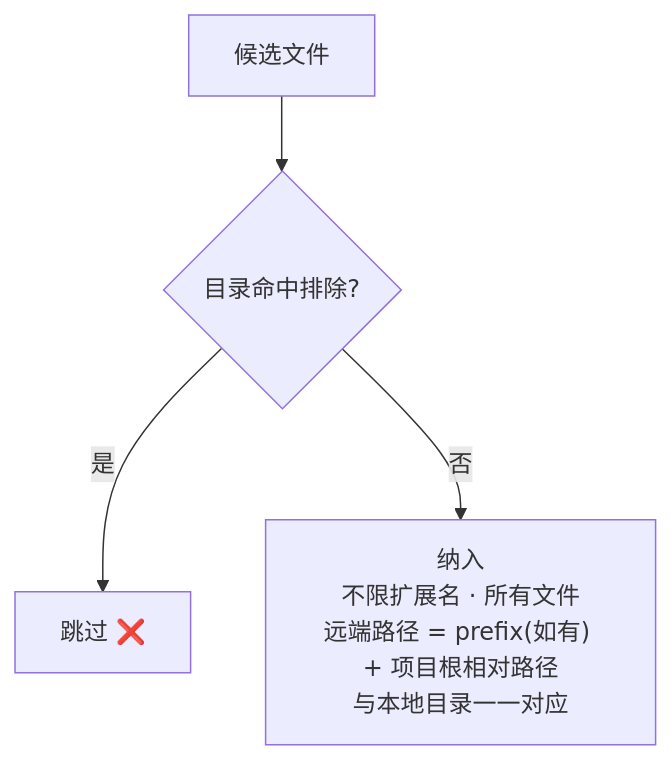
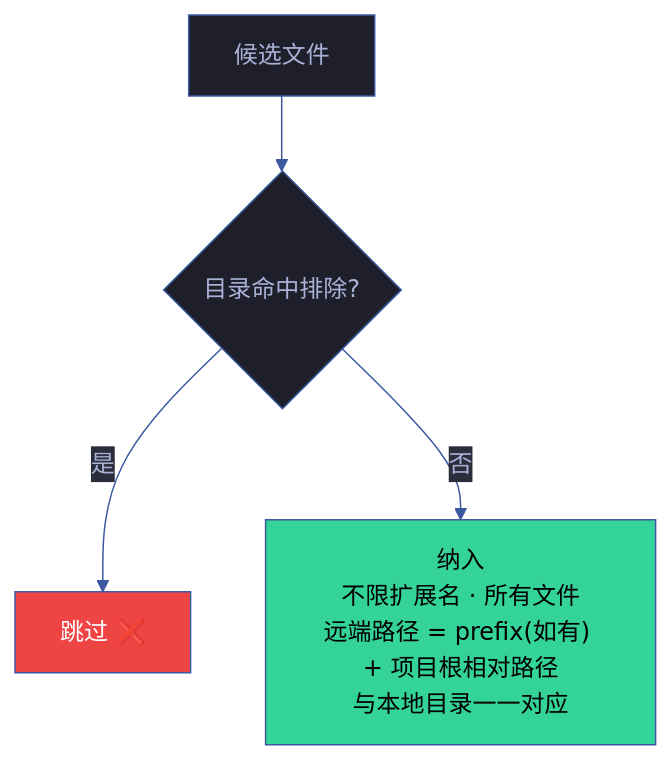
One commit to effiy/YrY changed the second of 7 diagrams in skills/rui-import/SKILL.md. Above: the diagram before and after it, drawn with Mermaid. The commit also changed other lines of this file and 1028 other files, not shown here.

````diff
--- a/skills/rui-import/SKILL.md
+++ b/skills/rui-import/SKILL.md
@@ -65,6 +70,17 @@
 ```mermaid
+%%{init: {'theme': 'base', 'themeVariables': {
+  'primaryColor': '#1e1f2b',
+  'primaryTextColor': '#a9b1d6',
+  'primaryBorderColor': '#3d59a1',
+  'lineColor': '#3d59a1',
+  'secondaryColor': '#2b2d3b',
+  'tertiaryColor': '#21232f'
+}}}%%
 flowchart TD
     FILE["候选文件"] --> Q1{"目录命中排除?"}
     Q1 -->|"是"| SKIP["跳过 ❌"]:::skip
     Q1 -->|"否"| PATH["纳入<br/>不限扩展名 · 所有文件<br/>远端路径 = prefix(如有) + 项目根相对路径<br/>与本地目录一一对应"]:::path
+
+    classDef skip fill:#ef4444,color:#fff
+    classDef path fill:#34d399,color:#000
 ```
````
